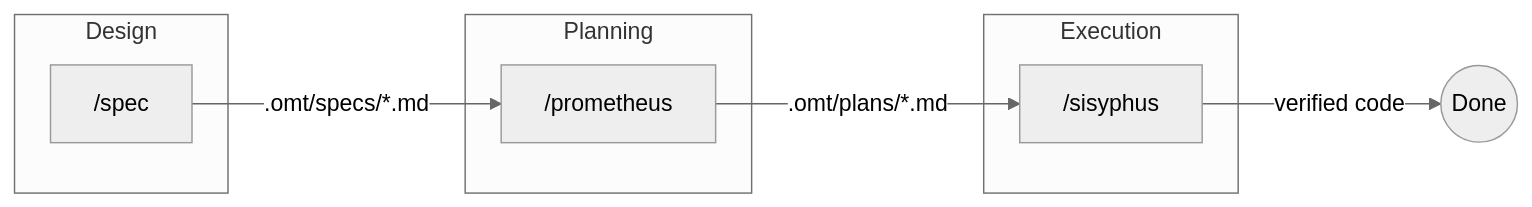
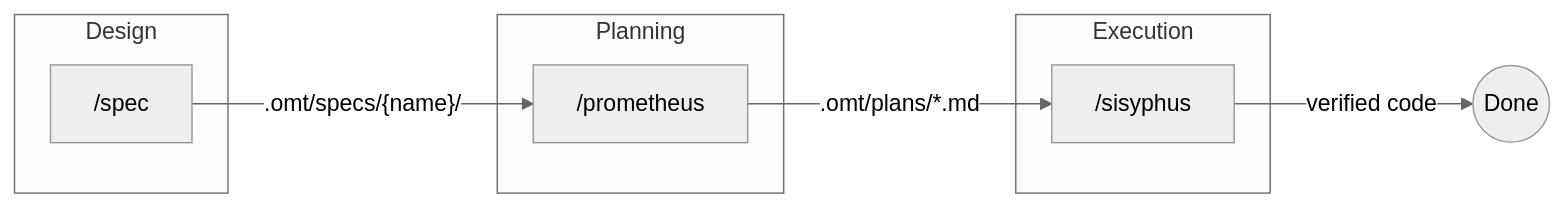
One commit to toongri/oh-my-toong changed the first of 5 diagrams in README.en.md. Above: the diagram before and after it, drawn with Mermaid (neutral theme). The commit also changed other lines of this file and 1 other file, not shown here.

Commit message:
docs: README에 Ralph Loop 상세 및 specs 경로 구조 추가

````diff
--- a/README.en.md
+++ b/README.en.md
@@ -62,16 +62,16 @@
 ```mermaid
 flowchart LR
     subgraph Design
         spec["/spec"]
     end
     subgraph Planning
         prometheus["/prometheus"]
     end
     subgraph Execution
         sisyphus["/sisyphus"]
     end
 
-    spec -->|".omt/specs/*.md"| prometheus
+    spec -->|".omt/specs/{name}/"| prometheus
     prometheus -->|".omt/plans/*.md"| sisyphus
     sisyphus -->|"verified code"| Done((Done))
 ```
````
